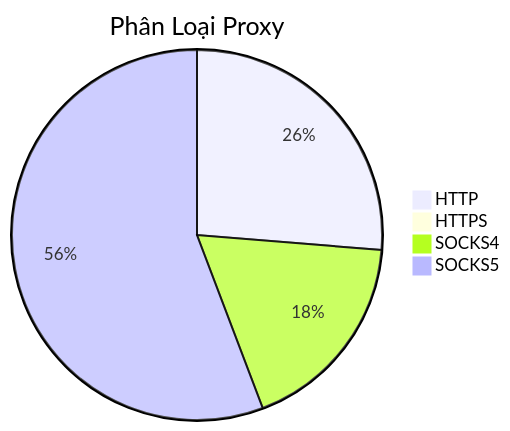
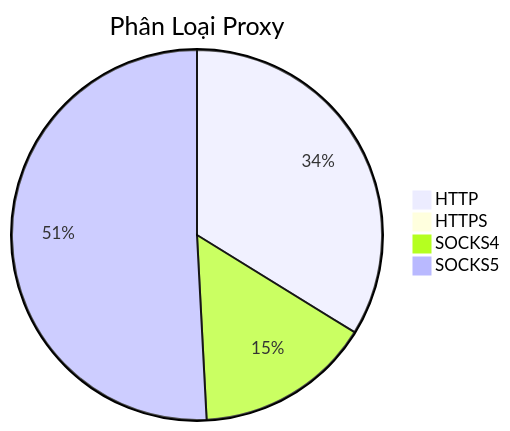
The diagram in README.md (Ciara-12/PROXY-free), drawn with Mermaid before and after one commit. The commit also changed other lines of this file and 4 other files, not shown here.

````diff
--- a/README.md
+++ b/README.md
@@ -26,7 +26,7 @@
 ```mermaid
 pie title Phân Loại Proxy
-    "HTTP" : 494
-    "HTTPS" : 1
-    "SOCKS4" : 337
-    "SOCKS5" : 1048
+    "HTTP" : 814
+    "HTTPS" : 3
+    "SOCKS4" : 370
+    "SOCKS5" : 1224
 ```
````
